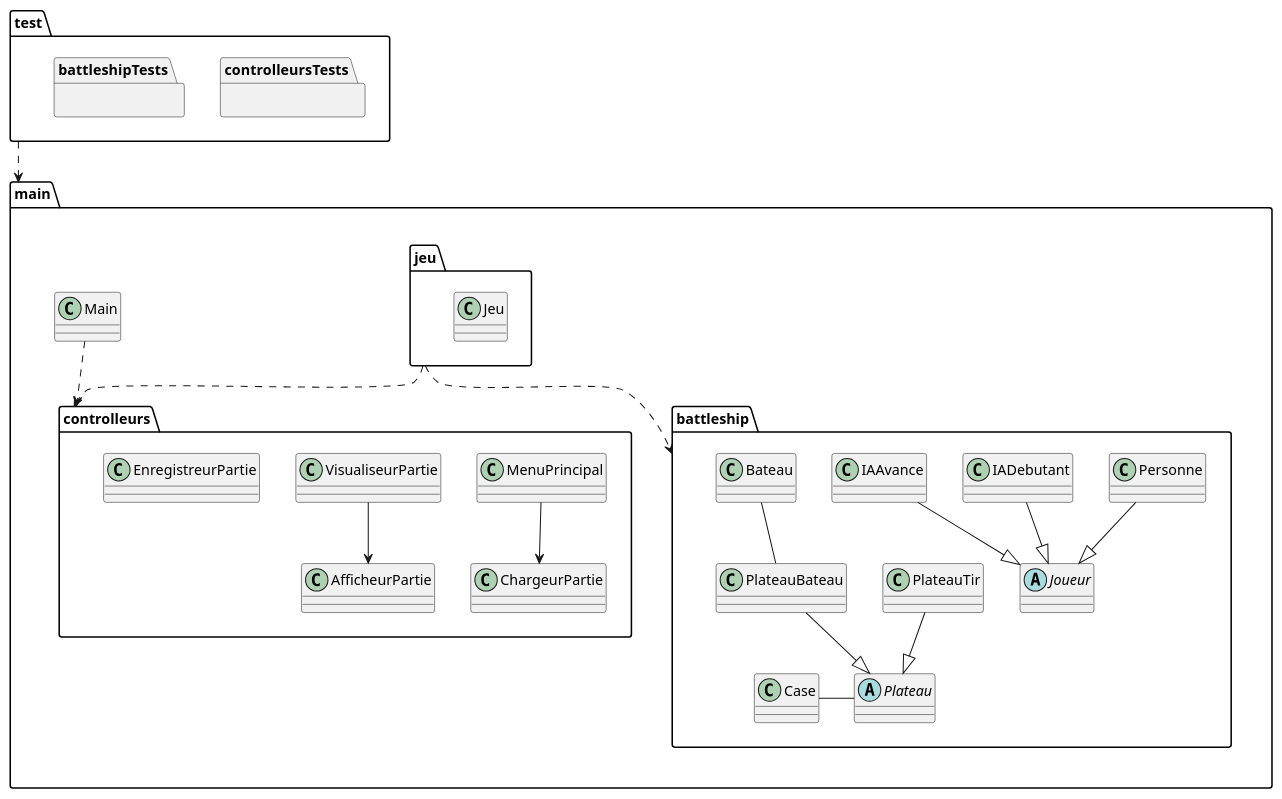
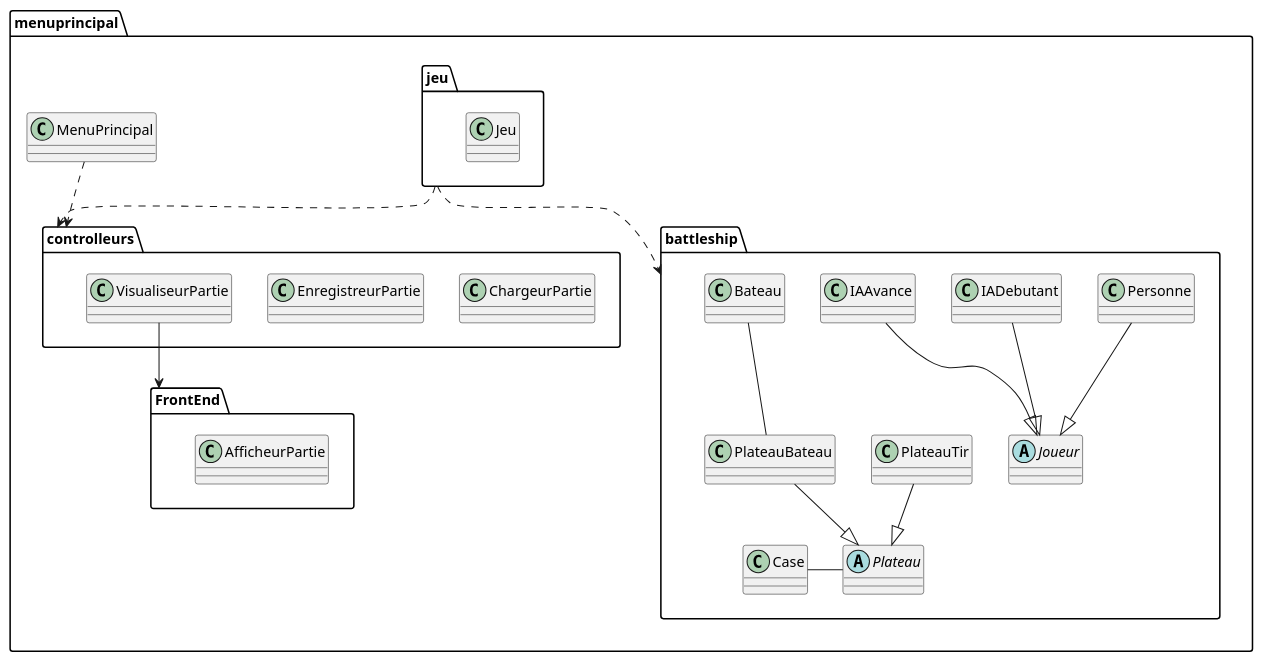
Before and after one commit to Patroklos99/5153_TP2-Battleship-AI-Pattern-Conception_Engineering2: the diagram in diagrammes_conception/diagramme_package.puml, drawn with PlantUML. The commit also changed 3 other files, not shown here.

Commit message:
modif diagr classes et package (pour classe main) et ajout nouvelles images pour markdown

```diff
--- a/diagrammes_conception/diagramme_package.puml
+++ b/diagrammes_conception/diagramme_package.puml
@@ -1,58 +1,48 @@
 @startuml
 
-package main {
-class Main
+package menuprincipal {
+class MenuPrincipal
 
 package jeu {
 class Jeu
 }
 
 package battleship {
 abstract Joueur
 class Personne
 class IADebutant
 class IAAvance
 abstract Plateau
 class PlateauTir
 class PlateauBateau
-class Case
 class Bateau
 
 Personne --|> Joueur
 IAAvance --|> Joueur
 IADebutant --|> Joueur
 
 PlateauTir --|> Plateau
 PlateauBateau --|> Plateau
 
 Case - Plateau
 Bateau -- PlateauBateau
 
 }
 
 package controlleurs {
 
-class MenuPrincipal
+class ChargeurPartie
+class EnregistreurPartie
 class VisualiseurPartie
-class AfficheurPartie
-class EnregistreurPartie
-class ChargeurPartie
-
-MenuPrincipal --> ChargeurPartie
-VisualiseurPartie --> AfficheurPartie
-
 }
 
+package FrontEnd {
+class AfficheurPartie
 }
 
-package test{
-package controlleursTests {}
-package battleshipTests {}
-}
-
+VisualiseurPartie --> FrontEnd
 jeu ..> controlleurs
 jeu ..> battleship
-Main ..> controlleurs
-test ..> main
+MenuPrincipal ..> controlleurs
 
 @enduml
```
